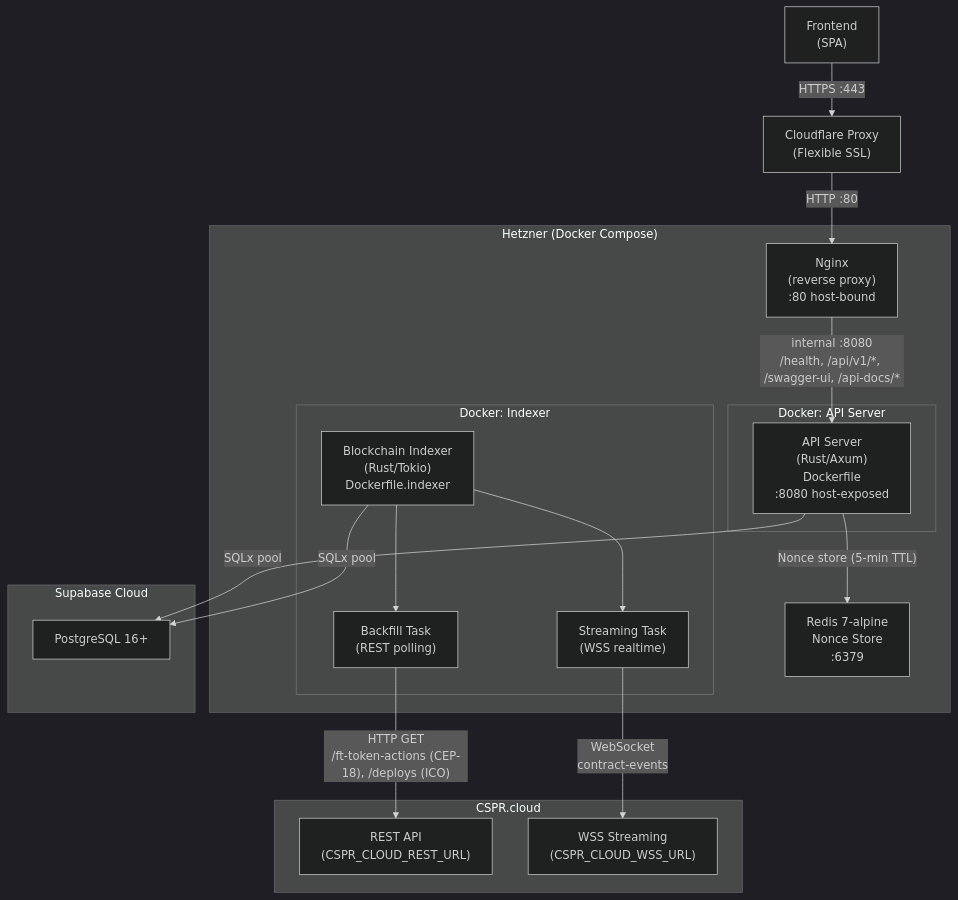
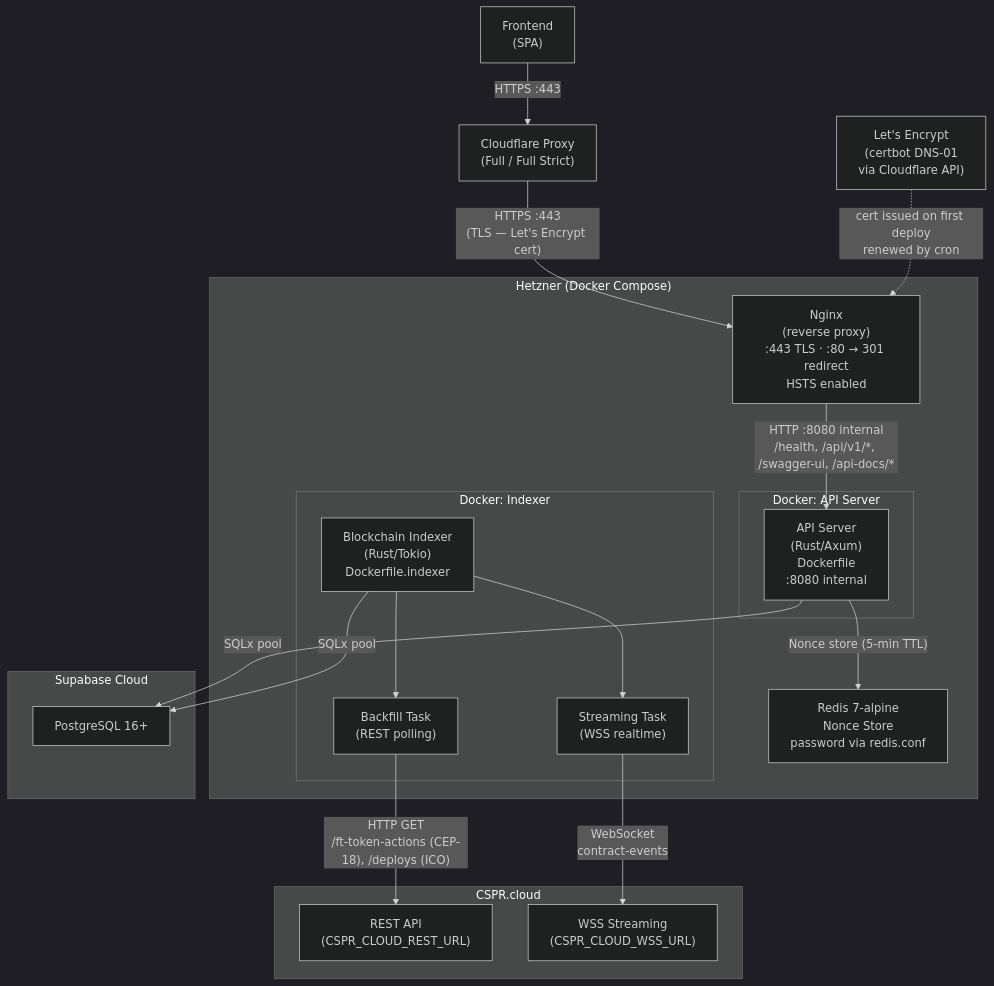
The first of 2 diagrams in docs/design/deployment_diagram.md (Dark-Knight2026/Casper-Buildathon-2026), drawn with Mermaid (dark theme) before and after one commit. The commit also changed other lines of this file and 15 other files, not shown here.

````diff
--- a/docs/design/deployment_diagram.md
+++ b/docs/design/deployment_diagram.md
@@ -17,46 +13,50 @@
 ```mermaid
 graph TB
     CLIENT["Frontend<br/>(SPA)"]
 
     subgraph "Hetzner (Docker Compose)"
-        NGINX["Nginx<br/>(reverse proxy)<br/>:80 host-bound"]
+        NGINX["Nginx<br/>(reverse proxy)<br/>:443 TLS · :80 → 301 redirect<br/>HSTS enabled"]
         subgraph "Docker: API Server"
-            API["API Server<br/>(Rust/Axum)<br/>Dockerfile<br/>:8080 host-exposed"]
+            API["API Server<br/>(Rust/Axum)<br/>Dockerfile<br/>:8080 internal"]
         end
-        REDIS["Redis 7-alpine<br/>Nonce Store<br/>:6379"]
+        REDIS["Redis 7-alpine<br/>Nonce Store<br/>password via redis.conf"]
         subgraph "Docker: Indexer"
             IDX["Blockchain Indexer<br/>(Rust/Tokio)<br/>Dockerfile.indexer"]
             %% BACKFILL and STREAM are concurrent Tokio tasks within one binary — not separate processes
             BACKFILL["Backfill Task<br/>(REST polling)"]
             STREAM["Streaming Task<br/>(WSS realtime)"]
             IDX --> BACKFILL
             IDX --> STREAM
         end
     end
 
     subgraph "Supabase Cloud"
         PG["PostgreSQL 16+"]
     end
 
     %% URLs are env-specific; .env.example defaults to testnet
     subgraph "CSPR.cloud"
         REST["REST API<br/>(CSPR_CLOUD_REST_URL)"]
         WSS["WSS Streaming<br/>(CSPR_CLOUD_WSS_URL)"]
     end
 
-    %% TLS: browser->CF = HTTPS (Cloudflare terminates), CF->Nginx = HTTP :80 (Flexible mode)
-    CF["Cloudflare Proxy<br/>(Flexible SSL)"]
+    LE["Let's Encrypt<br/>(certbot DNS-01<br/>via Cloudflare API)"]
+
+    %% Full (Strict): Cloudflare validates the Let's Encrypt cert chain
+    CF["Cloudflare Proxy<br/>(Full / Full Strict)"]
 
     CLIENT -->|"HTTPS :443"| CF
-    CF -->|"HTTP :80"| NGINX
-    NGINX -->|"internal :8080<br/>/health, /api/v1/*, /swagger-ui, /api-docs/*"| API
+    CF -->|"HTTPS :443<br/>(TLS — Let's Encrypt cert)"| NGINX
+    NGINX -->|"HTTP :8080 internal<br/>/health, /api/v1/*, /swagger-ui, /api-docs/*"| API
+
+    LE -.->|"cert issued on first deploy<br/>renewed by cron"| NGINX
 
     API -->|"SQLx pool"| PG
     API -->|"Nonce store (5-min TTL)"| REDIS
-    %% JWT validation is local HS256 (SUPABASE_JWT_SECRET) - no network call to Supabase Auth
-    %% Auth flow: nonce -> Casper Wallet Ed25519/Secp256k1 signature -> local verify -> issue JWT
+    %% JWT validation is local HS256 (SUPABASE_JWT_SECRET) — no network call to Supabase Auth
+    %% Auth flow: nonce → Casper Wallet Ed25519/Secp256k1 signature → local verify → issue JWT
 
     IDX -->|"SQLx pool"| PG
     BACKFILL -->|"HTTP GET<br/>/ft-token-actions (CEP-18), /deploys (ICO)"| REST
     STREAM -->|"WebSocket<br/>contract-events"| WSS
 ```
````
